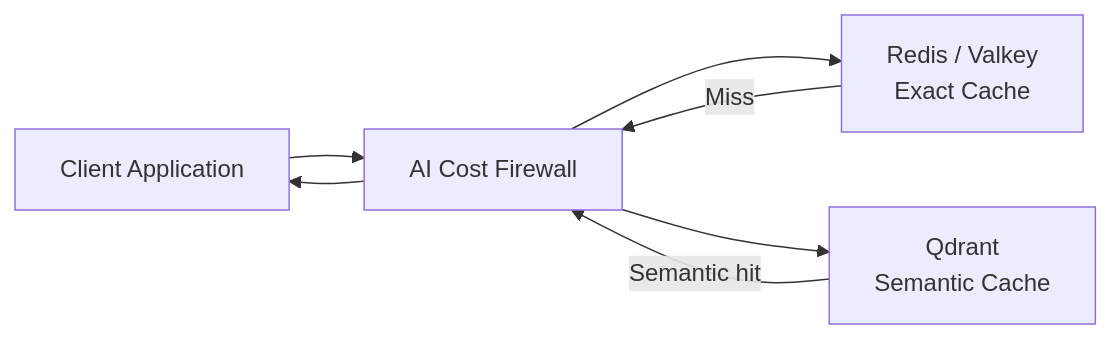
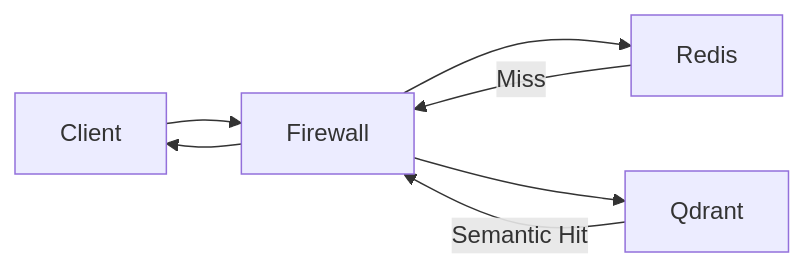
Before and after one commit to vcal-project/ai-firewall: the fourth of 5 diagrams in docs/architecture.md, drawn with Mermaid. The commit also changed other lines of this file and 28 other files, not shown here.

````diff
--- a/docs/architecture.md
+++ b/docs/architecture.md
@@ -289,17 +507,15 @@
 ```mermaid
 flowchart LR
 
-    Client[Client Application]
-    Firewall[AI Cost Firewall]
-    Redis[Redis / Valkey<br/>Exact Cache]
-    Qdrant[Qdrant<br/>Semantic Cache]
+    Client --> Firewall
 
-    Client --> Firewall
     Firewall --> Redis
+
     Redis -->|Miss| Firewall
 
     Firewall --> Qdrant
-    Qdrant -->|Semantic hit| Firewall
+
+    Qdrant -->|Semantic Hit| Firewall
 
     Firewall --> Client
 ```
````
